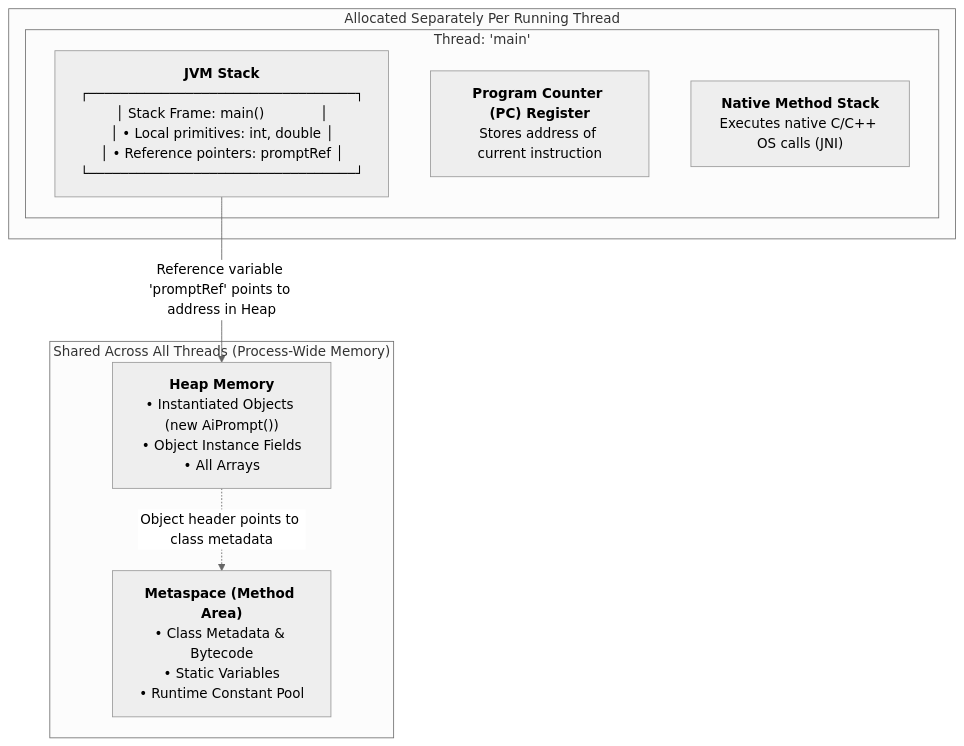
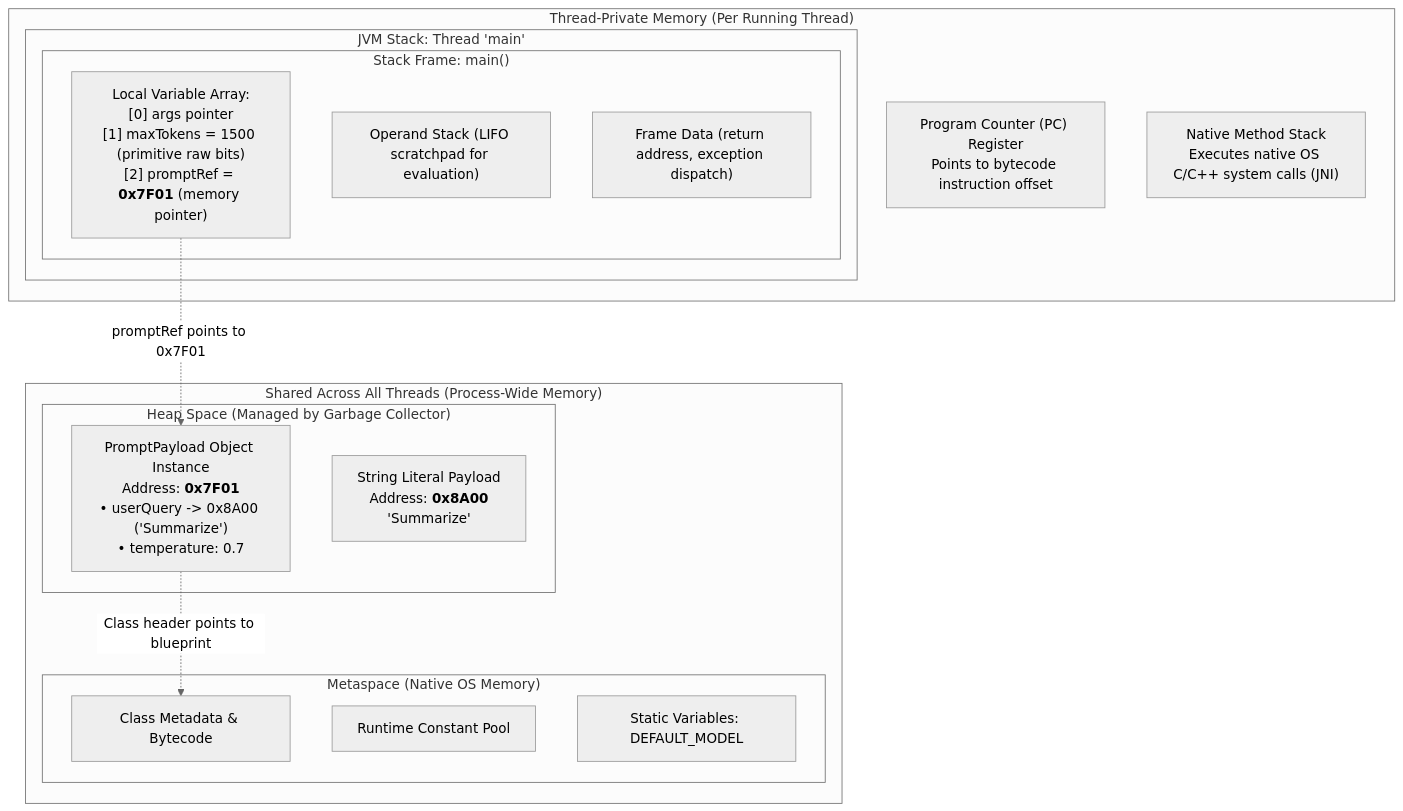
The second of 2 diagrams in Phase_01_Java_Foundations/Day_01_Java_Ecosystem_and_Setup/Day_01_Java_Ecosystem_and_Setup.md (SrinuRenangi/Gen-AI-Java), drawn with Mermaid (neutral theme) before and after one commit. The commit also changed other lines of this file and 1 other file, not shown here.

Commit message:
docs(day01): update Day 01 reference notes and runnable memory tracker code

````diff
--- a/Phase_01_Java_Foundations/Day_01_Java_Ecosystem_and_Setup/Day_01_Java_Ecosystem_and_Setup.md
+++ b/Phase_01_Java_Foundations/Day_01_Java_Ecosystem_and_Setup/Day_01_Java_Ecosystem_and_Setup.md
@@ -182,18 +184,31 @@
 ```mermaid
-flowchart TD
-    subgraph Shared ["Shared Across All Threads (Process-Wide Memory)"]
-        M["<b>Metaspace (Method Area)</b><br>• Class Metadata & Bytecode<br>• Static Variables<br>• Runtime Constant Pool"]
-        H["<b>Heap Memory</b><br>• Instantiated Objects (new AiPrompt())<br>• Object Instance Fields<br>• All Arrays"]
-    end
+graph TD
+    subgraph ProcessWide ["Shared Across All Threads (Process-Wide Memory)"]
+        subgraph MetaspaceArea ["Metaspace (Native OS Memory)"]
+            M1["Class Metadata & Bytecode"]
+            M2["Runtime Constant Pool"]
+            M3["Static Variables: DEFAULT_MODEL"]
+        end
 
-    subgraph PerThread ["Allocated Separately Per Running Thread"]
-        subgraph Thread1 ["Thread: 'main'"]
-            S["<b>JVM Stack</b><br>┌─────────────────────────────────┐<br>│ Stack Frame: main()             │<br>│ • Local primitives: int, double │<br>│ • Reference pointers: promptRef │<br>└─────────────────────────────────┘"]
-            PC["<b>Program Counter (PC) Register</b><br>Stores address of current instruction"]
-            NMS["<b>Native Method Stack</b><br>Executes native C/C++ OS calls (JNI)"]
+        subgraph HeapArea ["Heap Space (Managed by Garbage Collector)"]
+            H1["PromptPayload Object Instance<br>Address: <b>0x7F01</b><br>• userQuery -> 0x8A00 ('Summarize')<br>• temperature: 0.7"]
+            H2["String Literal Payload<br>Address: <b>0x8A00</b><br>'Summarize'"]
         end
     end
 
-    S -->|Reference variable 'promptRef' points to address in Heap| H
-    H -.->|Object header points to class metadata| M
+    subgraph ThreadPrivate ["Thread-Private Memory (Per Running Thread)"]
+        subgraph ThreadStack ["JVM Stack: Thread 'main'"]
+            subgraph FrameMain ["Stack Frame: main()"]
+                LVA1["Local Variable Array:<br>[0] args pointer<br>[1] maxTokens = 1500 (primitive raw bits)<br>[2] promptRef = <b>0x7F01</b> (memory pointer)"]
+                OS1["Operand Stack (LIFO scratchpad for evaluation)"]
+                FD1["Frame Data (return address, exception dispatch)"]
+            end
+        end
+
+        PC["Program Counter (PC) Register<br>Points to bytecode instruction offset"]
+        NMS["Native Method Stack<br>Executes native OS C/C++ system calls (JNI)"]
+    end
+
+    LVA1 -.->|promptRef points to 0x7F01| H1
+    H1 -.->|Class header points to blueprint| M1
 ```
````
